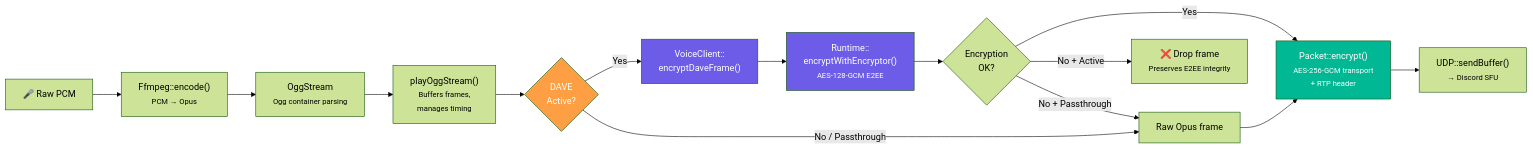
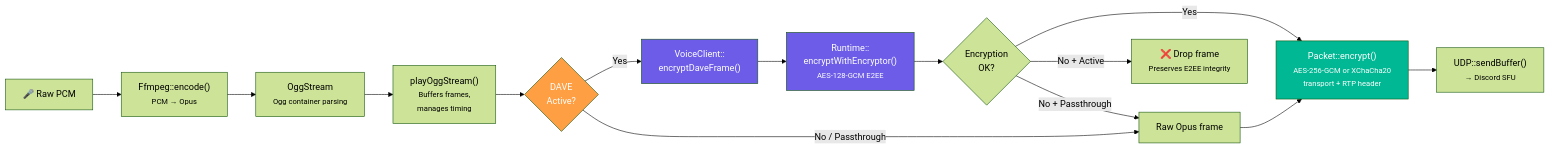
One commit to discord-php/DiscordPHP-Voice changed the eighth of 10 diagrams in docs/DAVE.md. Above: the diagram before and after it, drawn with Mermaid (forest theme). The commit also changed other lines of this file and 10 other files, not shown here.

````diff
--- a/docs/DAVE.md
+++ b/docs/DAVE.md
@@ -313,21 +313,21 @@
 ```mermaid
 flowchart LR
     A["🎤 Raw PCM"] --> B["Ffmpeg::encode()<br/><small>PCM → Opus</small>"]
     B --> C["OggStream<br/><small>Ogg container parsing</small>"]
     C --> D["playOggStream()<br/><small>Buffers frames,<br/>manages timing</small>"]
     D --> E{"DAVE<br/>Active?"}
     E -->|Yes| F["VoiceClient::<br/>encryptDaveFrame()"]
     E -->|No / Passthrough| G["Raw Opus frame"]
     F --> H["Runtime::<br/>encryptWithEncryptor()<br/><small>AES-128-GCM E2EE</small>"]
     H --> H2{"Encryption<br/>OK?"}
-    H2 -->|Yes| I["Packet::encrypt()<br/><small>AES-256-GCM transport<br/>+ RTP header</small>"]
+    H2 -->|Yes| I["Packet::encrypt()<br/><small>AES-256-GCM or XChaCha20<br/>transport + RTP header</small>"]
     H2 -->|No + Active| X["❌ Drop frame<br/><small>Preserves E2EE integrity</small>"]
     H2 -->|No + Passthrough| G
     G --> I
     I --> J["UDP::sendBuffer()<br/><small>→ Discord SFU</small>"]
 
     style E fill:#ff9f43,color:#fff
     style F fill:#6c5ce7,color:#fff
     style H fill:#6c5ce7,color:#fff
     style I fill:#00b894,color:#fff
 ```
````
